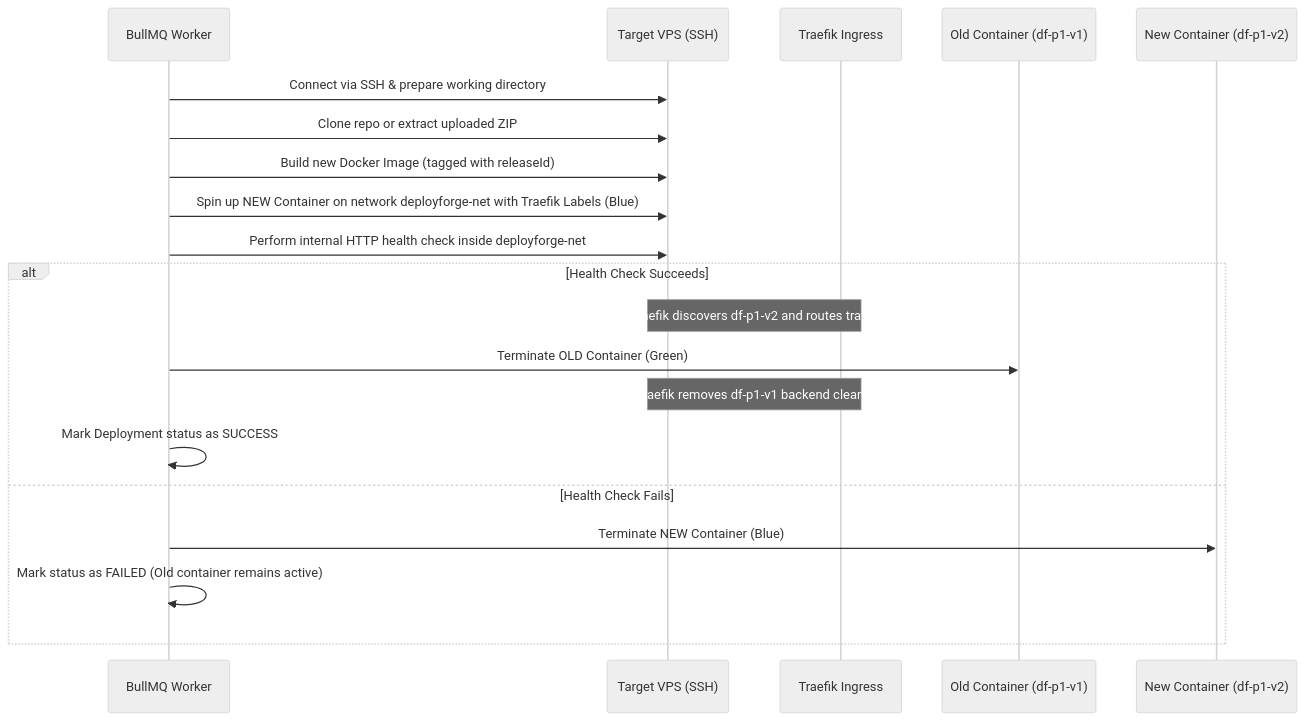
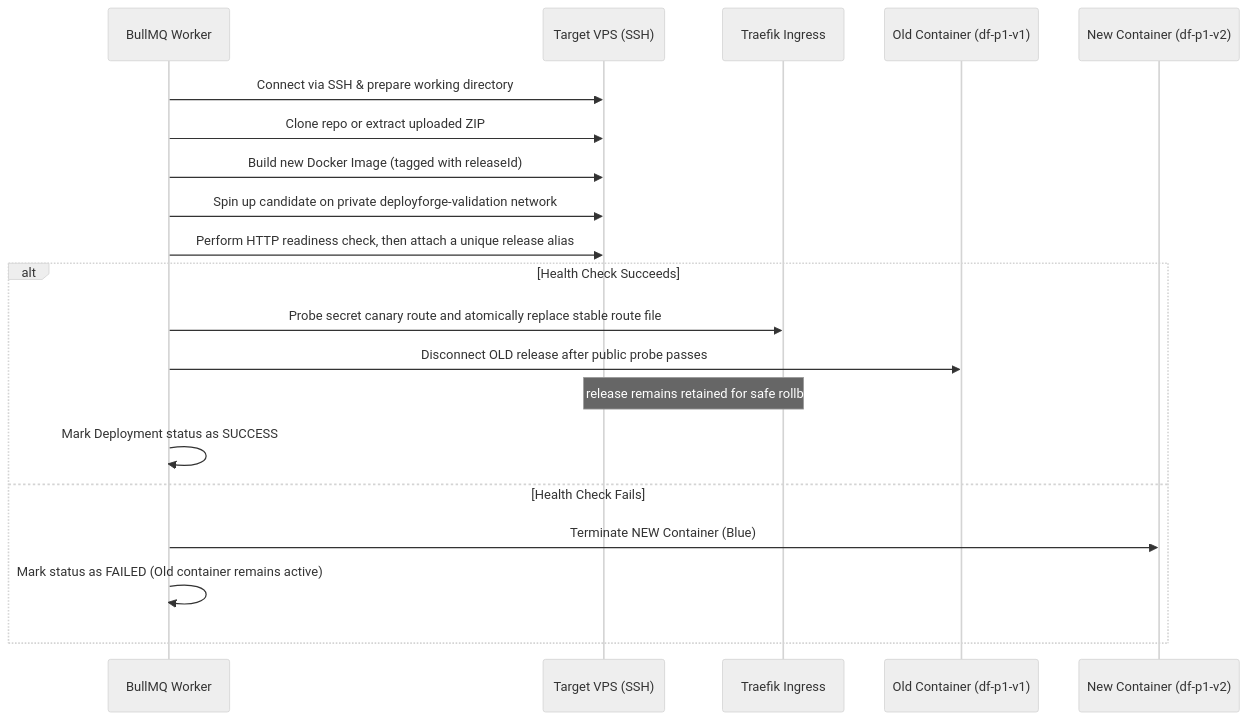
Before and after one commit to akramhossain-dev/DeployForge: the second of 2 diagrams in docs/ARCHITECTURE.md, drawn with Mermaid (neutral theme). The commit also changed 209 other files, not shown here.

````diff
--- a/docs/ARCHITECTURE.md
+++ b/docs/ARCHITECTURE.md
@@ -95,24 +95,24 @@
 ```mermaid
 sequenceDiagram
     participant W as BullMQ Worker
     participant V as Target VPS (SSH)
     participant T as Traefik Ingress
     participant C_OLD as Old Container (df-p1-v1)
     participant C_NEW as New Container (df-p1-v2)
 
     W->>V: Connect via SSH & prepare working directory
     W->>V: Clone repo or extract uploaded ZIP
     W->>V: Build new Docker Image (tagged with releaseId)
-    W->>V: Spin up NEW Container on network deployforge-net with Traefik Labels (Blue)
-    W->>V: Perform internal HTTP health check inside deployforge-net
+    W->>V: Spin up candidate on private deployforge-validation network
+    W->>V: Perform HTTP readiness check, then attach a unique release alias
   
     alt Health Check Succeeds
-        Note over V,T: Traefik discovers df-p1-v2 and routes traffic
-        W->>C_OLD: Terminate OLD Container (Green)
-        Note over V,T: Traefik removes df-p1-v1 backend cleanly
+        W->>T: Probe secret canary route and atomically replace stable route file
+        W->>C_OLD: Disconnect OLD release after public probe passes
+        Note over V,T: Old release remains retained for safe rollback
         W->>W: Mark Deployment status as SUCCESS
     else Health Check Fails
         W->>C_NEW: Terminate NEW Container (Blue)
         W->>W: Mark status as FAILED (Old container remains active)
     end
 ```
````
